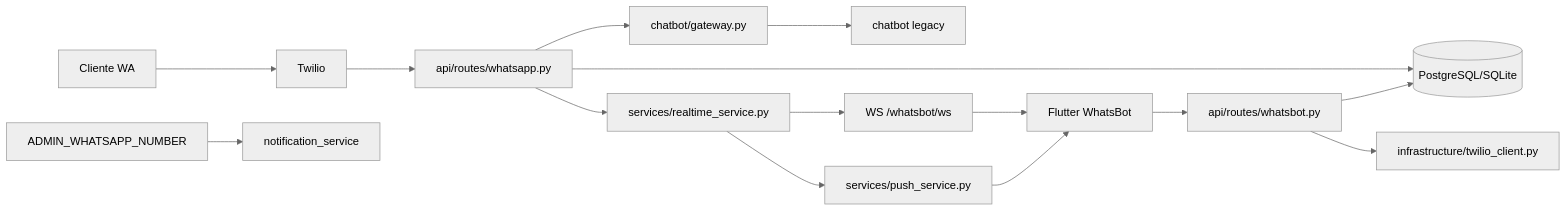
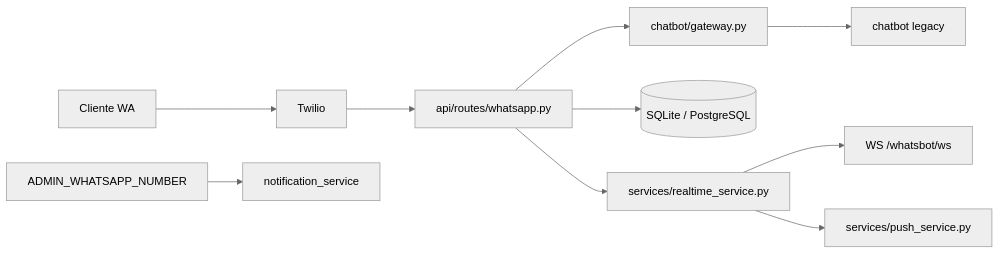
One commit to omarSuarezRodriguez/whatsbot changed the diagram in docs/ARCHITECTURE.md. Above: the diagram before and after it, drawn with Mermaid (neutral theme). The commit also changed other lines of this file and 6 other files, not shown here.

Commit message:
v1.11 - proyecto limpio, actualmente quedó solo el bot y la app en otro proyecto (whatsbot_app)

````diff
--- a/docs/ARCHITECTURE.md
+++ b/docs/ARCHITECTURE.md
@@ -23,17 +26,12 @@
 ```mermaid
 flowchart LR
     C[Cliente WA] --> T[Twilio]
     T --> API[api/routes/whatsapp.py]
     API --> GW[chatbot/gateway.py]
     GW --> CB[chatbot legacy]
-    API --> DB[(PostgreSQL/SQLite)]
+    API --> DB[(SQLite / PostgreSQL)]
     API --> RT[services/realtime_service.py]
     RT --> WS[WS /whatsbot/ws]
     RT --> FCM[services/push_service.py]
-    WS --> APP[Flutter WhatsBot]
-    FCM --> APP
-    APP --> WB[api/routes/whatsbot.py]
-    WB --> DB
-    WB --> TC[infrastructure/twilio_client.py]
     ADM[ADMIN_WHATSAPP_NUMBER] --> NS[notification_service]
 ```
````
